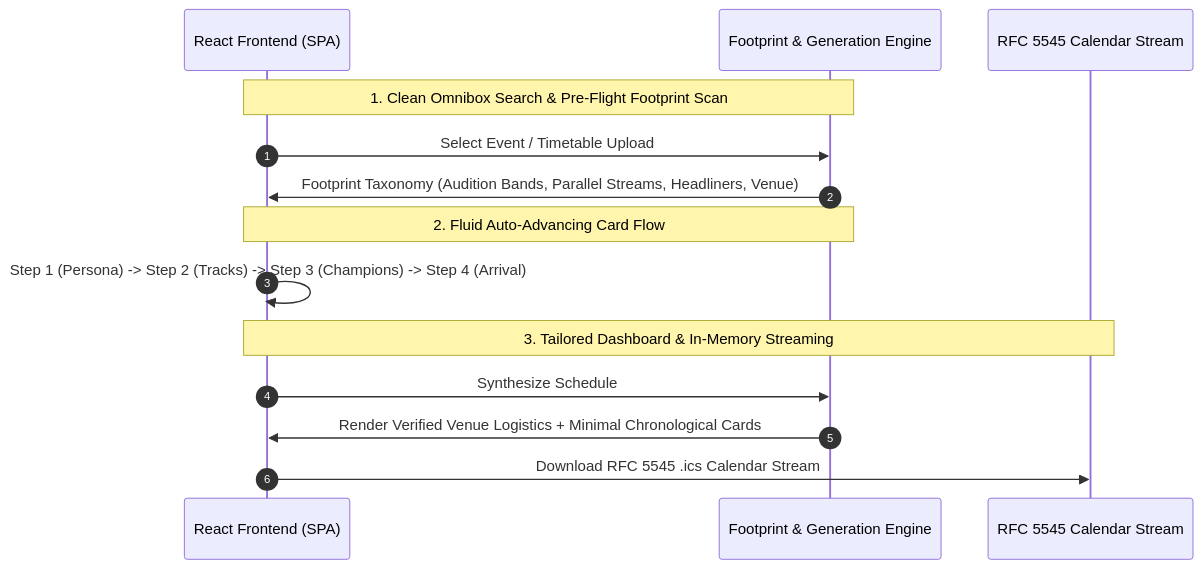
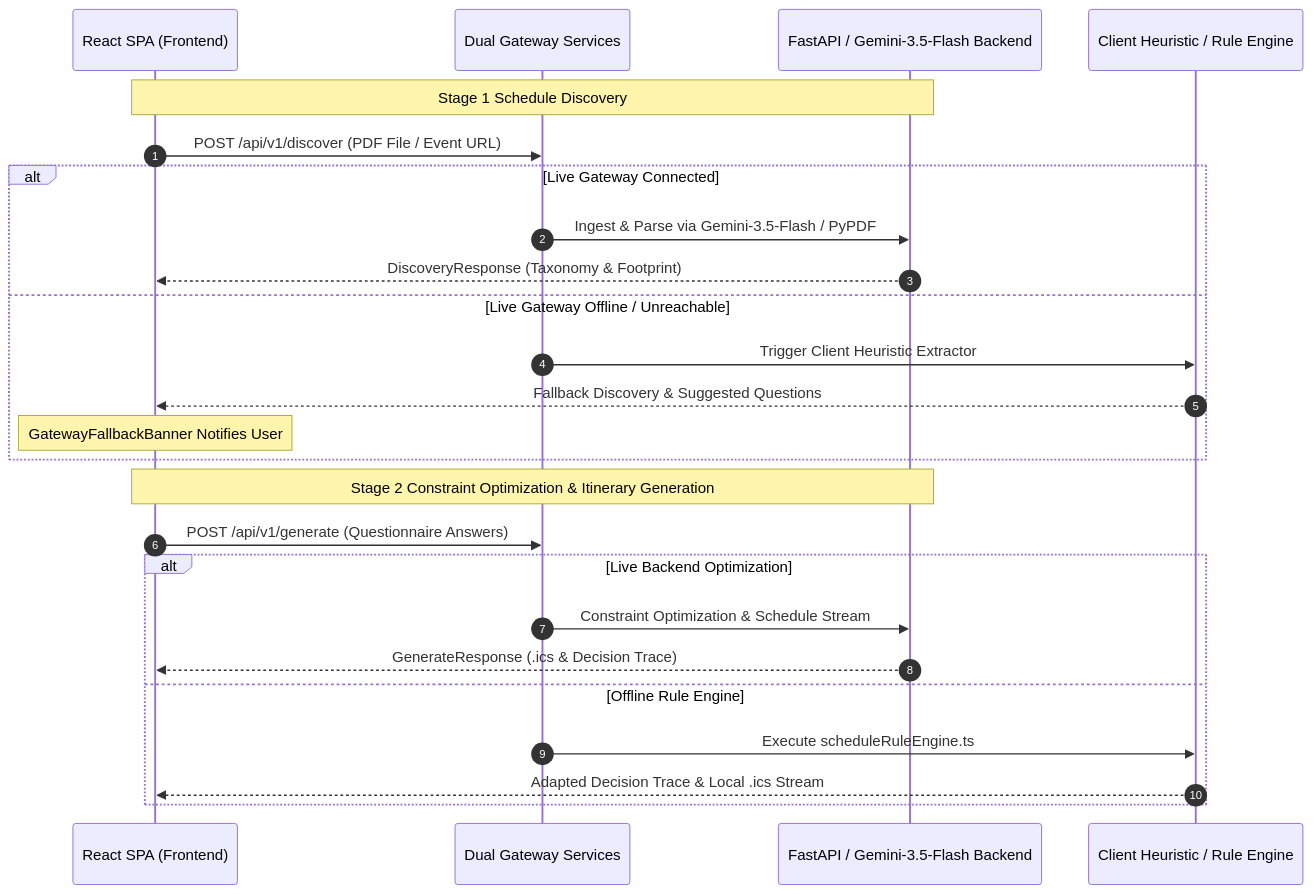
One commit to arii/tech-dancer changed the diagram in content/studies/wcs-navigator-architecture.md. Above: the diagram before and after it, drawn with Mermaid. The commit also changed other lines of this file and 48 other files, not shown here.

````diff
--- a/content/studies/wcs-navigator-architecture.md
+++ b/content/studies/wcs-navigator-architecture.md
@@ -86,19 +27,29 @@
 ```mermaid
 sequenceDiagram
     autonumber
-    participant UI as React Frontend (SPA)
-    participant Engine as Footprint & Generation Engine
-    participant Cal as RFC 5545 Calendar Stream
+    participant SPA as React SPA (Frontend)
+    participant GW as Dual Gateway Services
+    participant API as FastAPI / Gemini-3.5-Flash Backend
+    participant Heuristic as Client Heuristic / Rule Engine
 
-    Note over UI,Engine: 1. Clean Omnibox Search & Pre-Flight Footprint Scan
-    UI->>Engine: Select Event / Timetable Upload
-    Engine->>UI: Footprint Taxonomy (Audition Bands, Parallel Streams, Headliners, Venue)
+    Note over SPA,API: Stage 1 Schedule Discovery
+    SPA->>GW: POST /api/v1/discover (PDF File / Event URL)
+    alt Live Gateway Connected
+        GW->>API: Ingest & Parse via Gemini-3.5-Flash / PyPDF
+        API-->>SPA: DiscoveryResponse (Taxonomy & Footprint)
+    else Live Gateway Offline / Unreachable
+        GW->>Heuristic: Trigger Client Heuristic Extractor
+        Heuristic-->>SPA: Fallback Discovery & Suggested Questions
+        Note over SPA: GatewayFallbackBanner Notifies User
+    end
 
-    Note over UI,Engine: 2. Fluid Auto-Advancing Card Flow
-    UI->>UI: Step 1 (Persona) -> Step 2 (Tracks) -> Step 3 (Champions) -> Step 4 (Arrival)
-
-    Note over UI,Cal: 3. Tailored Dashboard & In-Memory Streaming
-    UI->>Engine: Synthesize Schedule
-    Engine->>UI: Render Verified Venue Logistics + Minimal Chronological Cards
-    UI->>Cal: Download RFC 5545 .ics Calendar Stream
+    Note over SPA,API: Stage 2 Constraint Optimization & Itinerary Generation
+    SPA->>GW: POST /api/v1/generate (Questionnaire Answers)
+    alt Live Backend Optimization
+        GW->>API: Constraint Optimization & Schedule Stream
+        API-->>SPA: GenerateResponse (.ics & Decision Trace)
+    else Offline Rule Engine
+        GW->>Heuristic: Execute scheduleRuleEngine.ts
+        Heuristic-->>SPA: Adapted Decision Trace & Local .ics Stream
+    end
 ```
````
